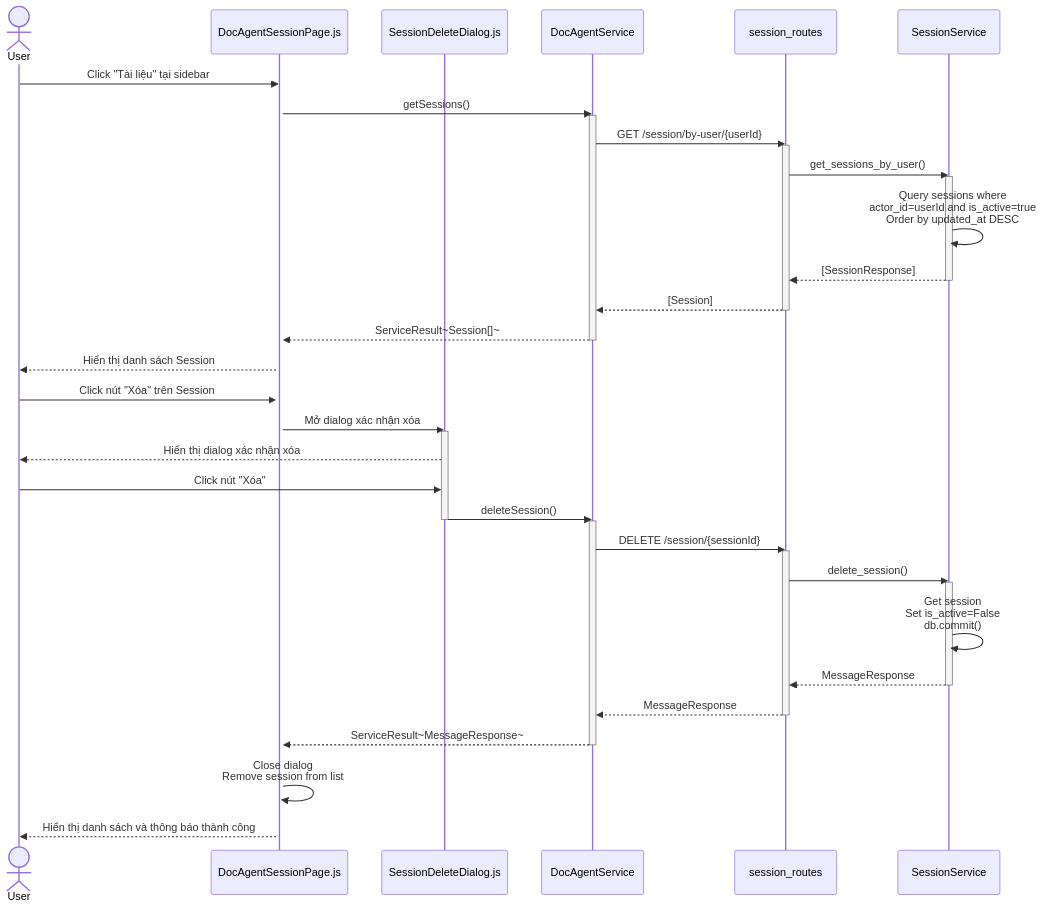
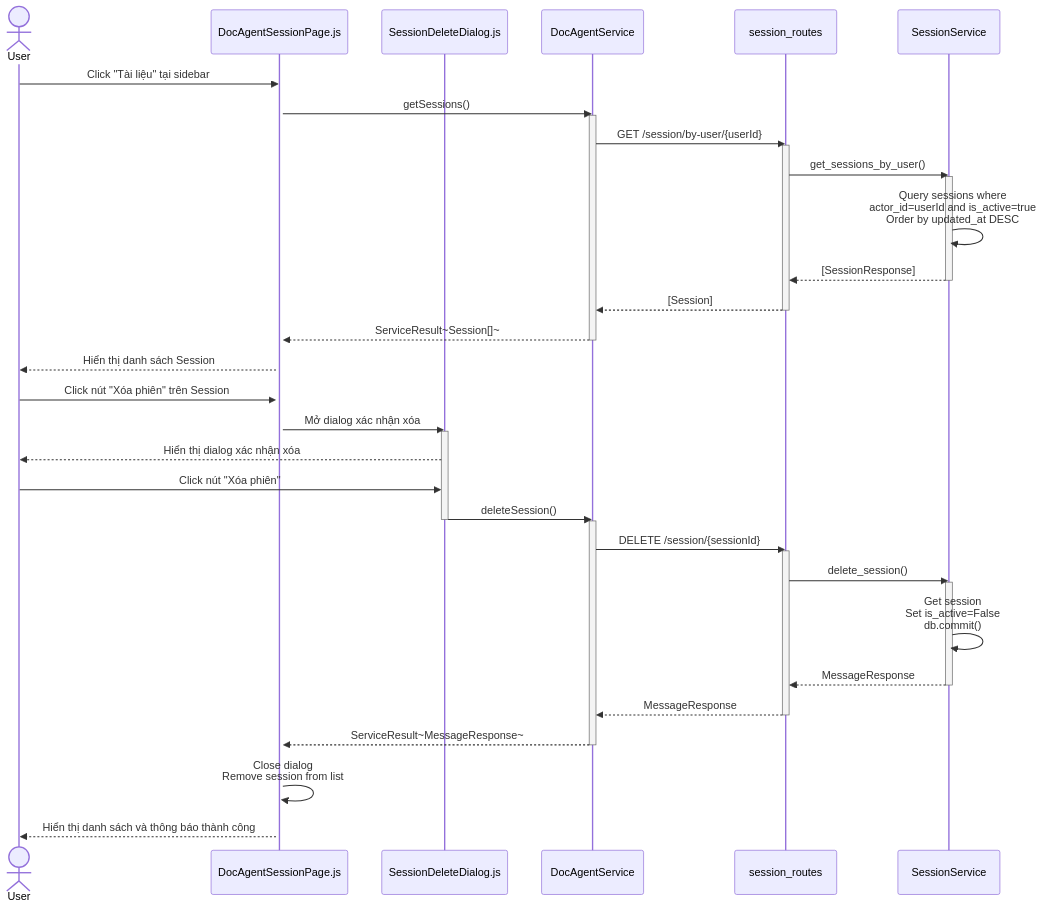
The fourth of 4 diagrams in session/4_session_management_seq.md (mduc-2610/gp_doc), drawn with Mermaid before and after one commit. The commit also changed other lines of this file and 13 other files, not shown here.

````diff
--- a/session/4_session_management_seq.md
+++ b/session/4_session_management_seq.md
@@ -185,58 +185,58 @@
 ```mermaid
 sequenceDiagram
     actor User
     participant DocAgentSessionPage as DocAgentSessionPage.js
     participant SessionDeleteDialog as SessionDeleteDialog.js
     participant DocAgentService as DocAgentService
     participant SessionRoutes as session_routes
     participant SessionService as SessionService
 
     User->>DocAgentSessionPage: Click "Tài liệu" tại sidebar
     activate DocAgentSessionPage
     
     DocAgentSessionPage->>DocAgentService: getSessions()
     activate DocAgentService
     DocAgentService->>SessionRoutes: GET /session/by-user/{userId}
     activate SessionRoutes
     SessionRoutes->>SessionService: get_sessions_by_user()
     activate SessionService
     SessionService->>SessionService: Query sessions where<br/>actor_id=userId and is_active=true<br/>Order by updated_at DESC
     SessionService-->>SessionRoutes: [SessionResponse]
     deactivate SessionService
     SessionRoutes-->>DocAgentService: [Session]
     deactivate SessionRoutes
     DocAgentService-->>DocAgentSessionPage: ServiceResult~Session[]~
     deactivate DocAgentService
     
     DocAgentSessionPage-->>User: Hiển thị danh sách Session
     
-    User->>DocAgentSessionPage: Click nút "Xóa" trên Session
+    User->>DocAgentSessionPage: Click nút "Xóa phiên" trên Session
     
     DocAgentSessionPage->>SessionDeleteDialog: Mở dialog xác nhận xóa
     activate SessionDeleteDialog
     SessionDeleteDialog-->>User: Hiển thị dialog xác nhận xóa
     
-    User->>SessionDeleteDialog: Click nút "Xóa"
+    User->>SessionDeleteDialog: Click nút "Xóa phiên"
     SessionDeleteDialog->>DocAgentService: deleteSession()
     deactivate SessionDeleteDialog
     activate DocAgentService
     
     DocAgentService->>SessionRoutes: DELETE /session/{sessionId}
     activate SessionRoutes
     
     SessionRoutes->>SessionService: delete_session()
     activate SessionService
     
     SessionService->>SessionService: Get session<br/>Set is_active=False<br/>db.commit()
     SessionService-->>SessionRoutes: MessageResponse
     deactivate SessionService
     
     SessionRoutes-->>DocAgentService: MessageResponse
     deactivate SessionRoutes
     
     DocAgentService-->>DocAgentSessionPage: ServiceResult~MessageResponse~
     deactivate DocAgentService
     
     DocAgentSessionPage->>DocAgentSessionPage: Close dialog<br/>Remove session from list
     DocAgentSessionPage-->>User: Hiển thị danh sách và thông báo thành công
 ```
````
